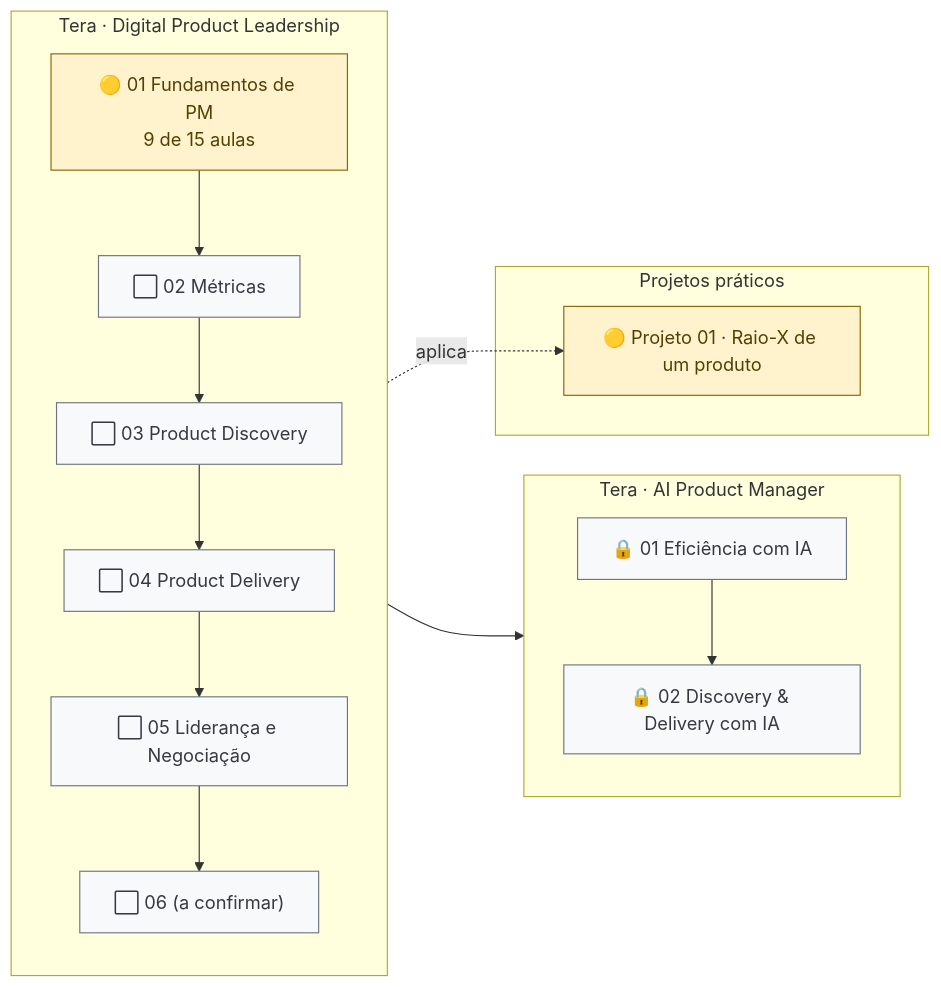
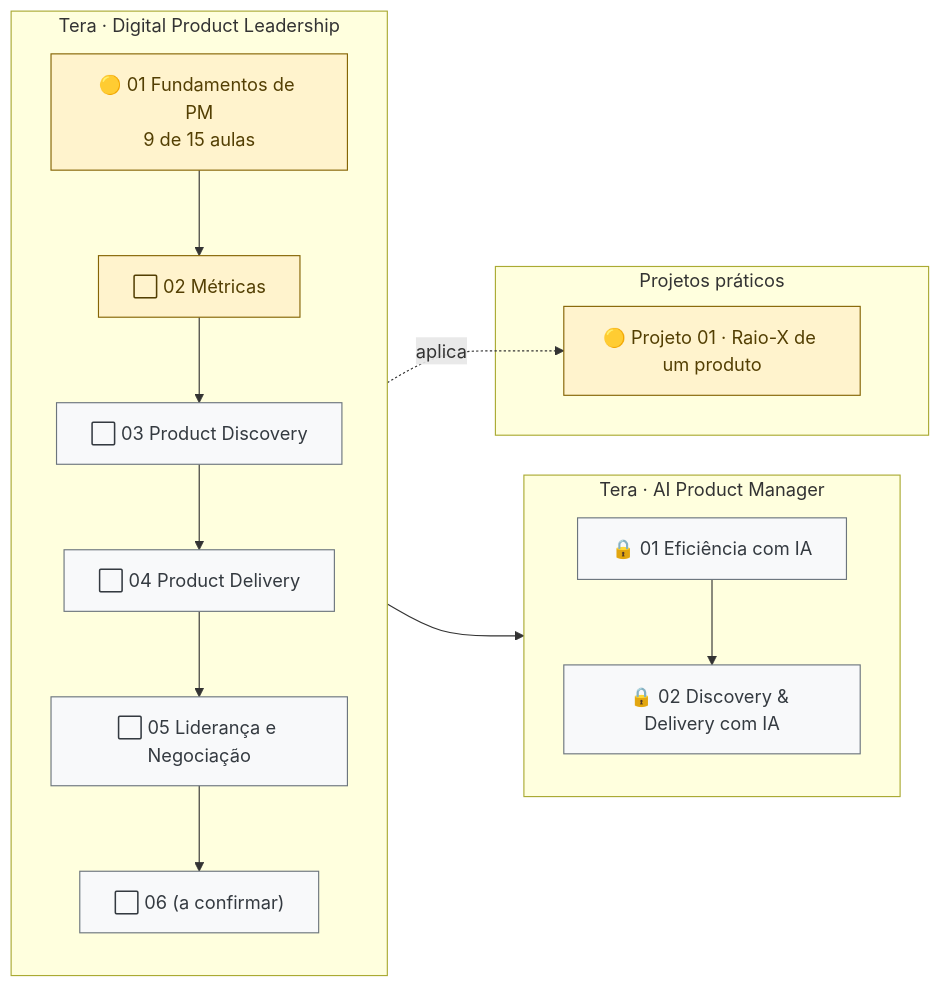
Before and after one commit to letsprown-code/po-learning-journal: the first of 3 diagrams in mapa-de-estudos.md, drawn with Mermaid. The commit also changed other lines of this file and 2 other files, not shown here.

```diff
--- a/mapa-de-estudos.md
+++ b/mapa-de-estudos.md
@@ -10,29 +10,30 @@
 ~~~mermaid
 flowchart LR
     subgraph DPL[Tera · Digital Product Leadership]
       direction TB
       M1["🟡 01 Fundamentos de PM<br/>9 de 15 aulas"]
       M2["⬜ 02 Métricas"]
       M3["⬜ 03 Product Discovery"]
       M4["⬜ 04 Product Delivery"]
       M5["⬜ 05 Liderança e Negociação"]
       M6["⬜ 06 (a confirmar)"]
       M1 --> M2 --> M3 --> M4 --> M5 --> M6
     end
     subgraph AIPM[Tera · AI Product Manager]
       direction TB
       A1["🔒 01 Eficiência com IA"]
       A2["🔒 02 Discovery & Delivery com IA"]
       A1 --> A2
     end
     M6 --> A1
     subgraph PROJ[Projetos práticos]
       P1["🟡 Projeto 01 · Raio-X de um produto"]
     end
     M1 -.aplica.-> P1
     classDef done fill:#d4edda,stroke:#155724,color:#155724
     classDef doing fill:#fff3cd,stroke:#856404,color:#533f03
     classDef todo fill:#f8f9fa,stroke:#6c757d,color:#343a40
     class M1,P1 doing
-    class M2,M3,M4,M5,M6,A1,A2 todo
+    class M3,M4,M5,M6,A1,A2 todo
+    class M2 doing
 ~~~
```
